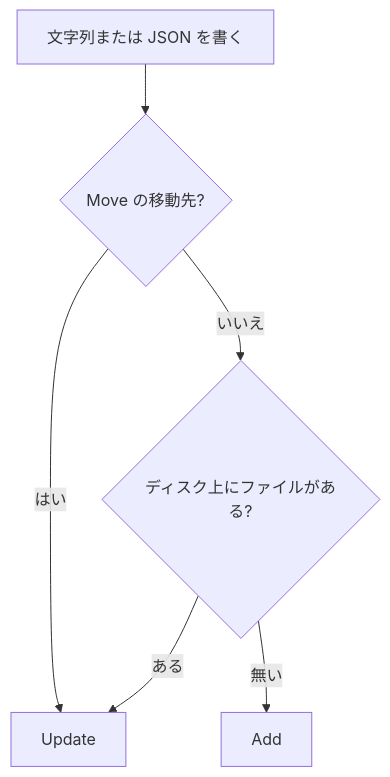
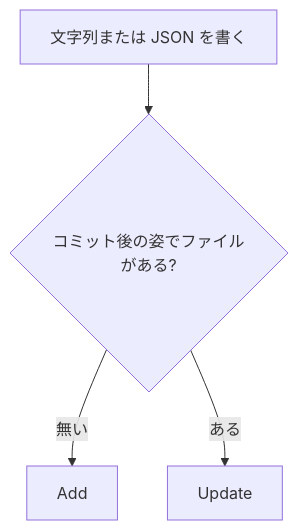
The fifth of 15 diagrams in README.md (YUKIKEDA/Txfio), drawn with Mermaid before and after one commit. The commit also changed other lines of this file and 12 other files, not shown here.

````diff
--- a/README.md
+++ b/README.md
@@ -228,8 +229,6 @@
 ```mermaid
 flowchart TD
-  write["文字列または JSON を書く"] --> moved{"Move の移動先?"}
-  moved -->|はい| upd["Update"]
-  moved -->|いいえ| exists{"ディスク上にファイルがある?"}
+  write["文字列または JSON を書く"] --> exists{"コミット後の姿でファイルがある?"}
   exists -->|無い| add["Add"]
-  exists -->|ある| upd
+  exists -->|ある| upd["Update"]
 ```
````
